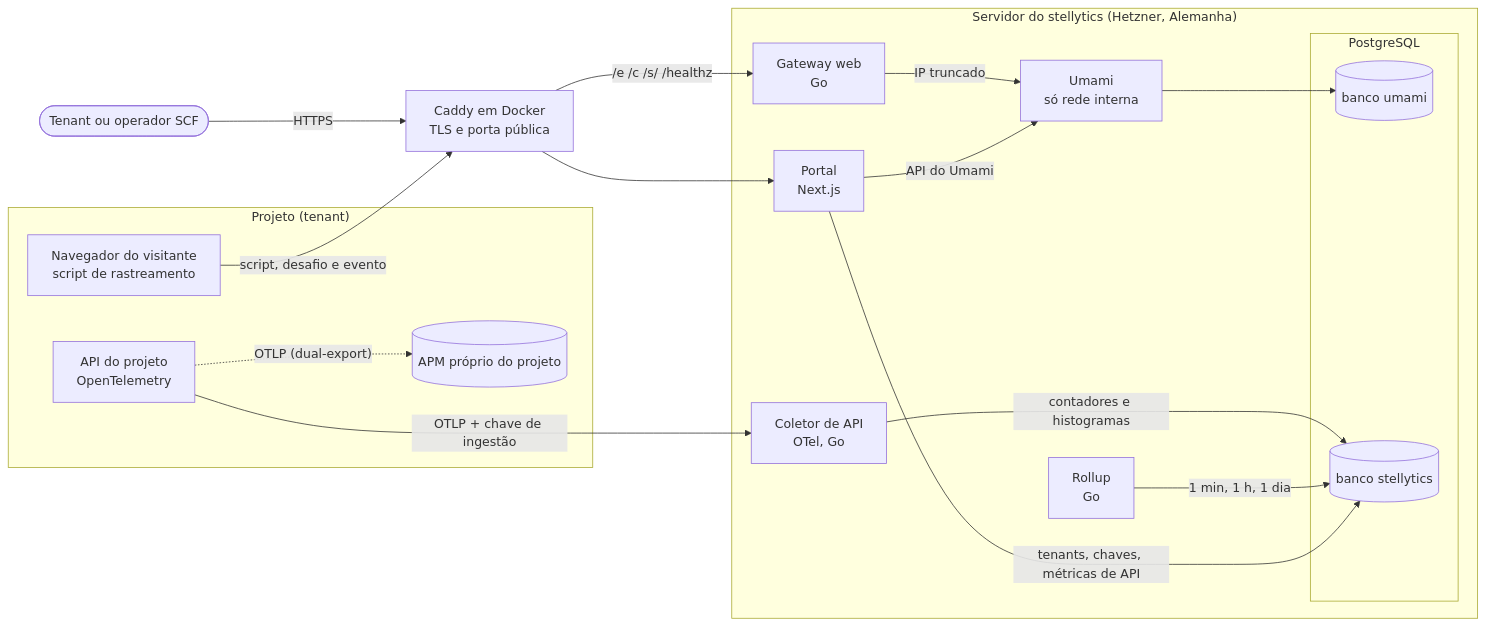
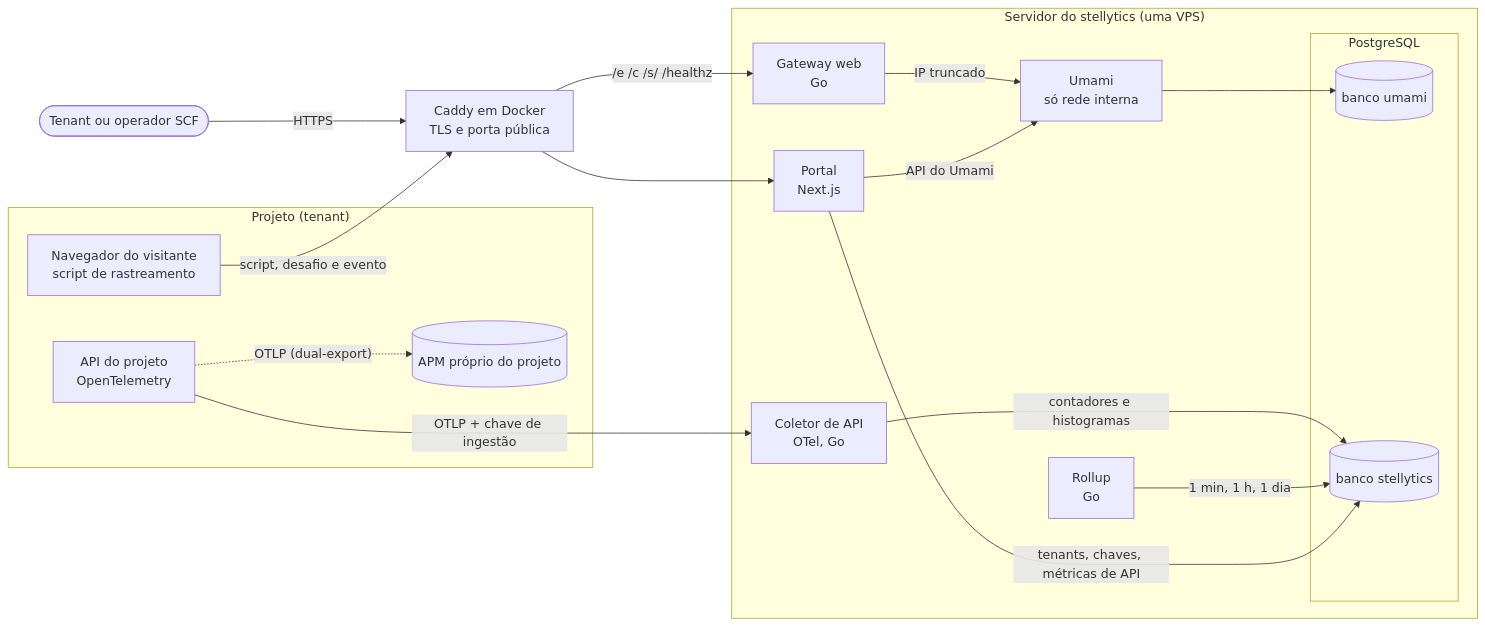
The first of 3 diagrams in docs/arquitetura.md (manucadev81/stellytics), drawn with Mermaid before and after one commit. The commit also changed other lines of this file and 97 other files, not shown here.

````diff
--- a/docs/arquitetura.md
+++ b/docs/arquitetura.md
@@ -11,37 +11,37 @@
 ```mermaid
 flowchart LR
   subgraph tenant["Projeto (tenant)"]
     nav["Navegador do visitante<br/>script de rastreamento"]
     api["API do projeto<br/>OpenTelemetry"]
     apm[("APM próprio do projeto")]
   end
 
   pessoa(["Tenant ou operador SCF"])
 
   caddy["Caddy em Docker<br/>TLS e porta pública"]
 
-  subgraph vm["Servidor do stellytics (Hetzner, Alemanha)"]
+  subgraph vm["Servidor do stellytics (uma VPS)"]
     portal["Portal<br/>Next.js"]
     gw["Gateway web<br/>Go"]
     umami["Umami<br/>só rede interna"]
     col["Coletor de API<br/>OTel, Go"]
     roll["Rollup<br/>Go"]
     subgraph pg["PostgreSQL"]
       dbu[("banco umami")]
       dbn[("banco stellytics")]
     end
   end
 
   nav -->|"script, desafio e evento"| caddy
   api -->|"OTLP + chave de ingestão"| col
   api -.->|"OTLP (dual-export)"| apm
   pessoa -->|"HTTPS"| caddy
   caddy -->|"/e /c /s/ /healthz"| gw
   caddy --> portal
   gw -->|"IP truncado"| umami
   umami --> dbu
   col -->|"contadores e histogramas"| dbn
   roll -->|"1 min, 1 h, 1 dia"| dbn
   portal -->|"API do Umami"| umami
   portal -->|"tenants, chaves, métricas de API"| dbn
 ```
````
